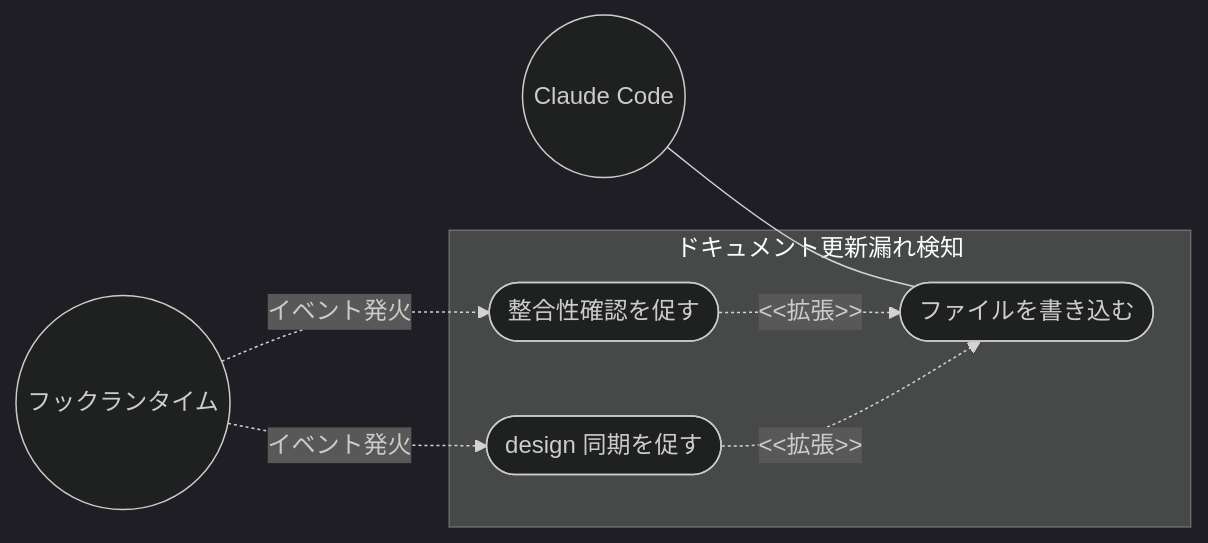
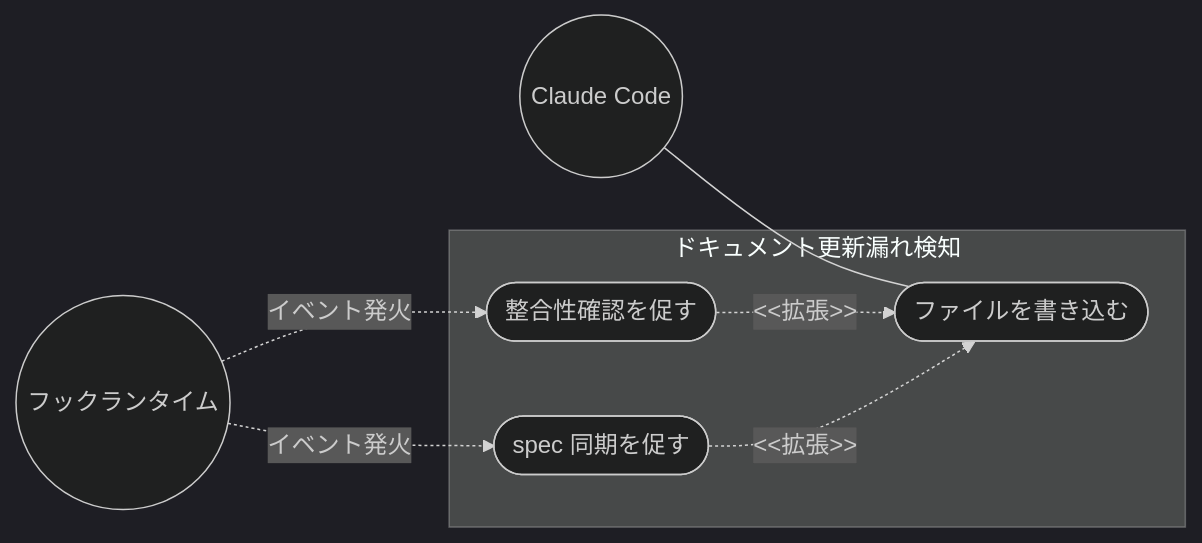
One commit to ToshikiImagawa/ai-sdd-workflow-dev changed the first of 2 diagrams in .sdd/requirement/quality-guardrails/stale-doc-detection.md. Above: the diagram before and after it, drawn with Mermaid. The commit also changed other lines of this file and 35 other files, not shown here.

````diff
--- a/.sdd/requirement/quality-guardrails/stale-doc-detection.md
+++ b/.sdd/requirement/quality-guardrails/stale-doc-detection.md
@@ -39,18 +45,18 @@
 ```mermaid
 %%{init: {'theme': 'dark'}}%%
 flowchart LR
     ClaudeCode((Claude Code))
     HookRuntime((フックランタイム))
 
     subgraph StaleDocDetection["ドキュメント更新漏れ検知"]
         WriteFile([ファイルを書き込む])
         RemindConsistency([整合性確認を促す])
-        RemindDesignSync([design 同期を促す])
+        RemindSpecSync([spec 同期を促す])
     end
 
     ClaudeCode --- WriteFile
     RemindConsistency -.->|"<<拡張>>"| WriteFile
-    RemindDesignSync -.->|"<<拡張>>"| WriteFile
+    RemindSpecSync -.->|"<<拡張>>"| WriteFile
     HookRuntime -.->|"イベント発火"| RemindConsistency
-    HookRuntime -.->|"イベント発火"| RemindDesignSync
+    HookRuntime -.->|"イベント発火"| RemindSpecSync
 ```
````
